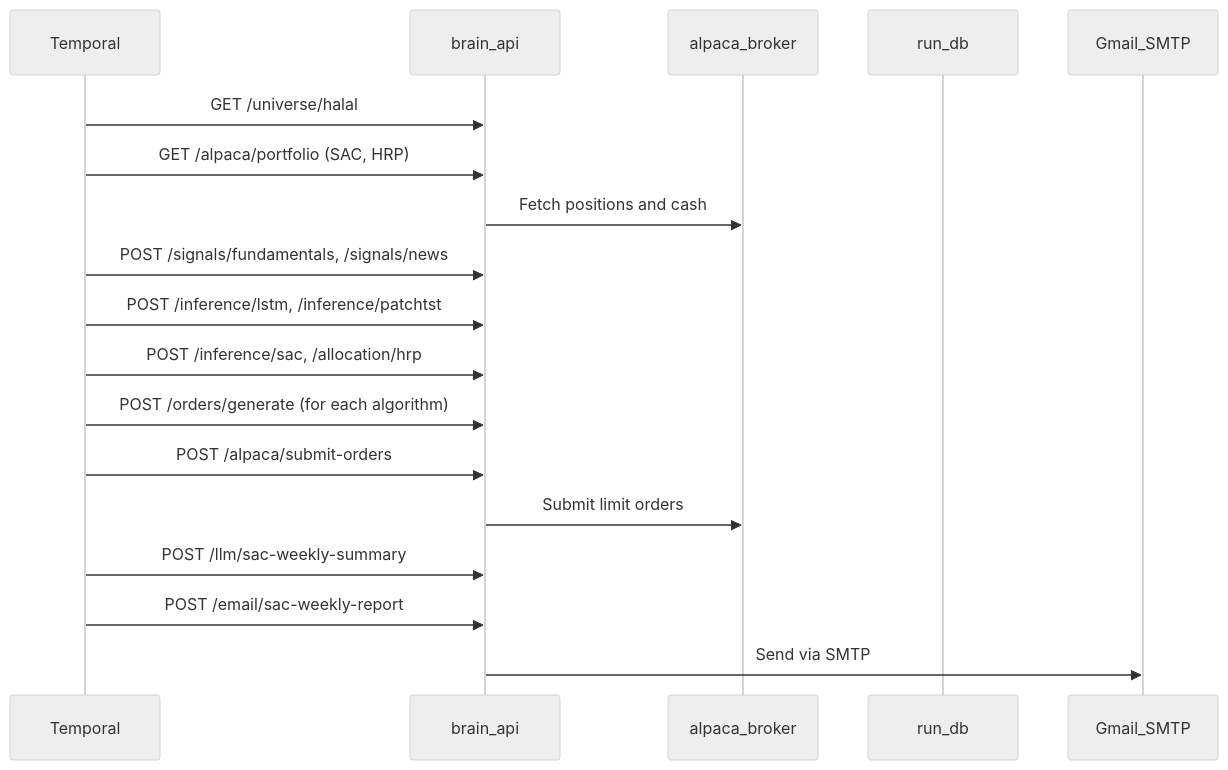
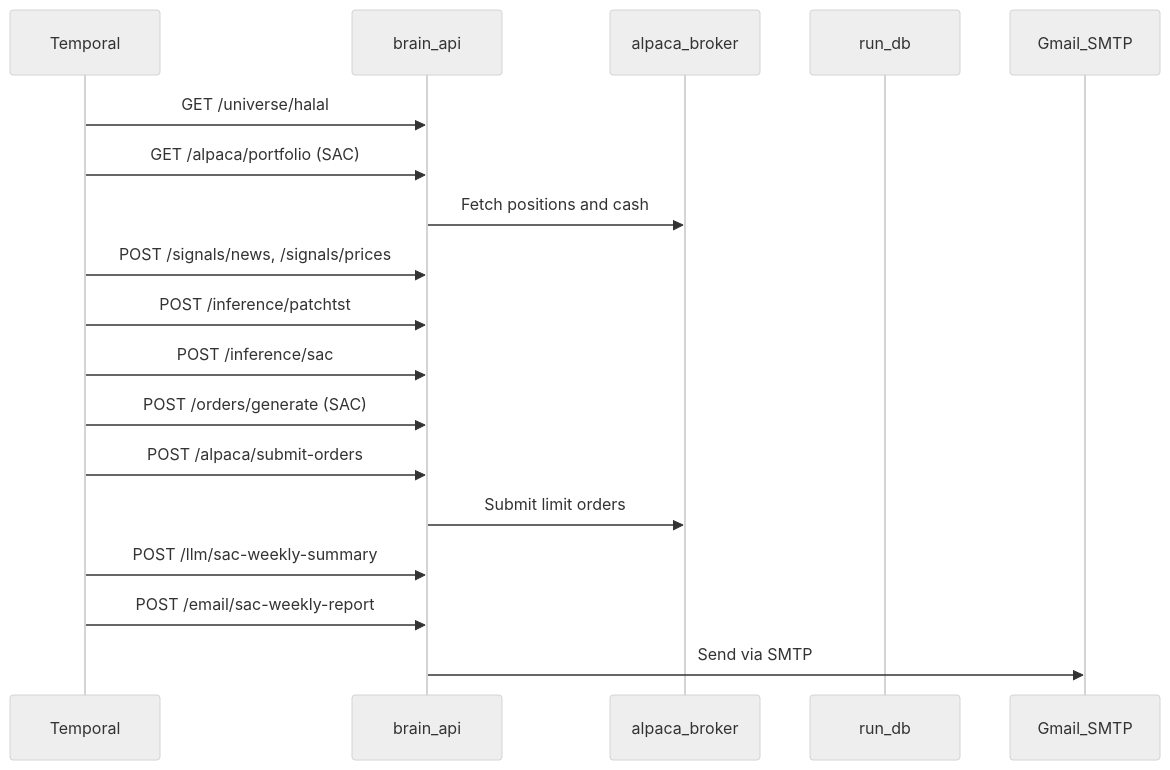
One commit to hajirazin/LearnFinance-2025 changed the first of 3 diagrams in README.md. Above: the diagram before and after it, drawn with Mermaid (neutral theme). The commit also changed other lines of this file and 107 other files, not shown here.

First line of the commit message:
Refactor SAC workflows and remove fundamentals references

````diff
--- a/README.md
+++ b/README.md
@@ -231,21 +227,21 @@
 ```mermaid
 sequenceDiagram
   participant Temporal as Temporal
   participant Brain as brain_api
   participant Alpaca as alpaca_broker
   participant DB as run_db
   participant Email as Gmail_SMTP
 
   Temporal->>Brain: GET /universe/halal
-  Temporal->>Brain: GET /alpaca/portfolio (SAC, HRP)
+  Temporal->>Brain: GET /alpaca/portfolio (SAC)
   Brain->>Alpaca: Fetch positions and cash
-  Temporal->>Brain: POST /signals/fundamentals, /signals/news
-  Temporal->>Brain: POST /inference/lstm, /inference/patchtst
-  Temporal->>Brain: POST /inference/sac, /allocation/hrp
-  Temporal->>Brain: POST /orders/generate (for each algorithm)
+  Temporal->>Brain: POST /signals/news, /signals/prices
+  Temporal->>Brain: POST /inference/patchtst
+  Temporal->>Brain: POST /inference/sac
+  Temporal->>Brain: POST /orders/generate (SAC)
   Temporal->>Brain: POST /alpaca/submit-orders
   Brain->>Alpaca: Submit limit orders
   Temporal->>Brain: POST /llm/sac-weekly-summary
   Temporal->>Brain: POST /email/sac-weekly-report
   Brain->>Email: Send via SMTP
 ```
````
